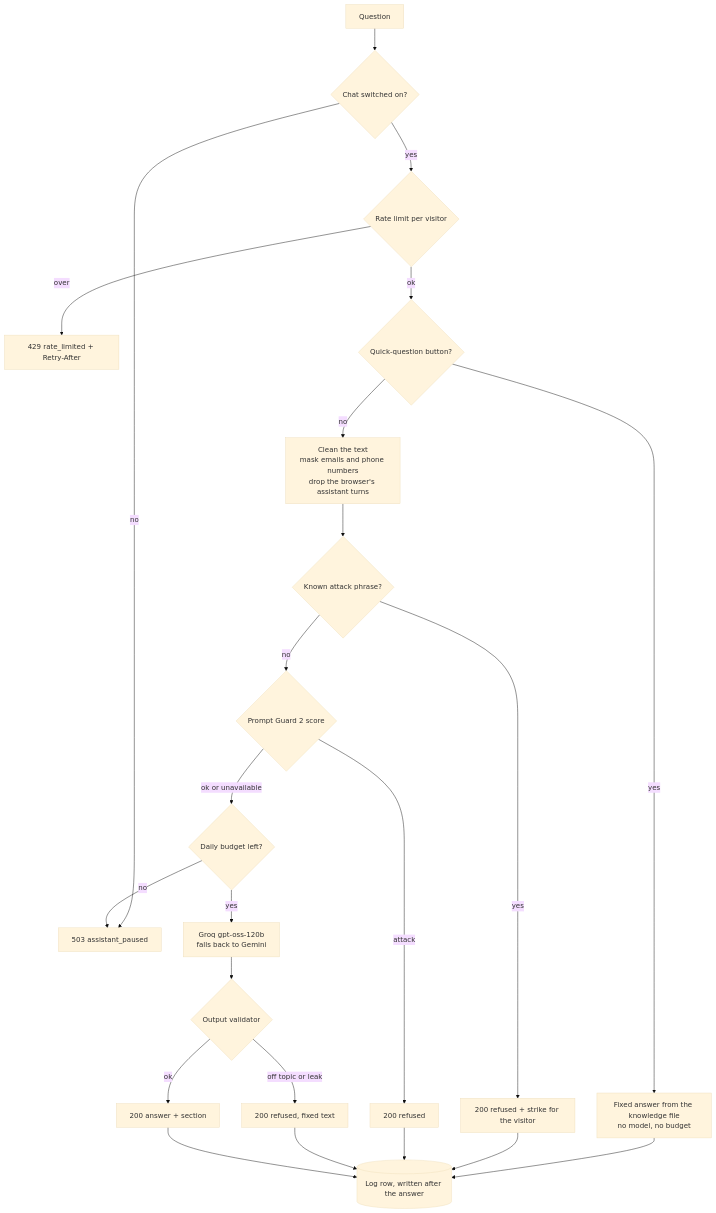
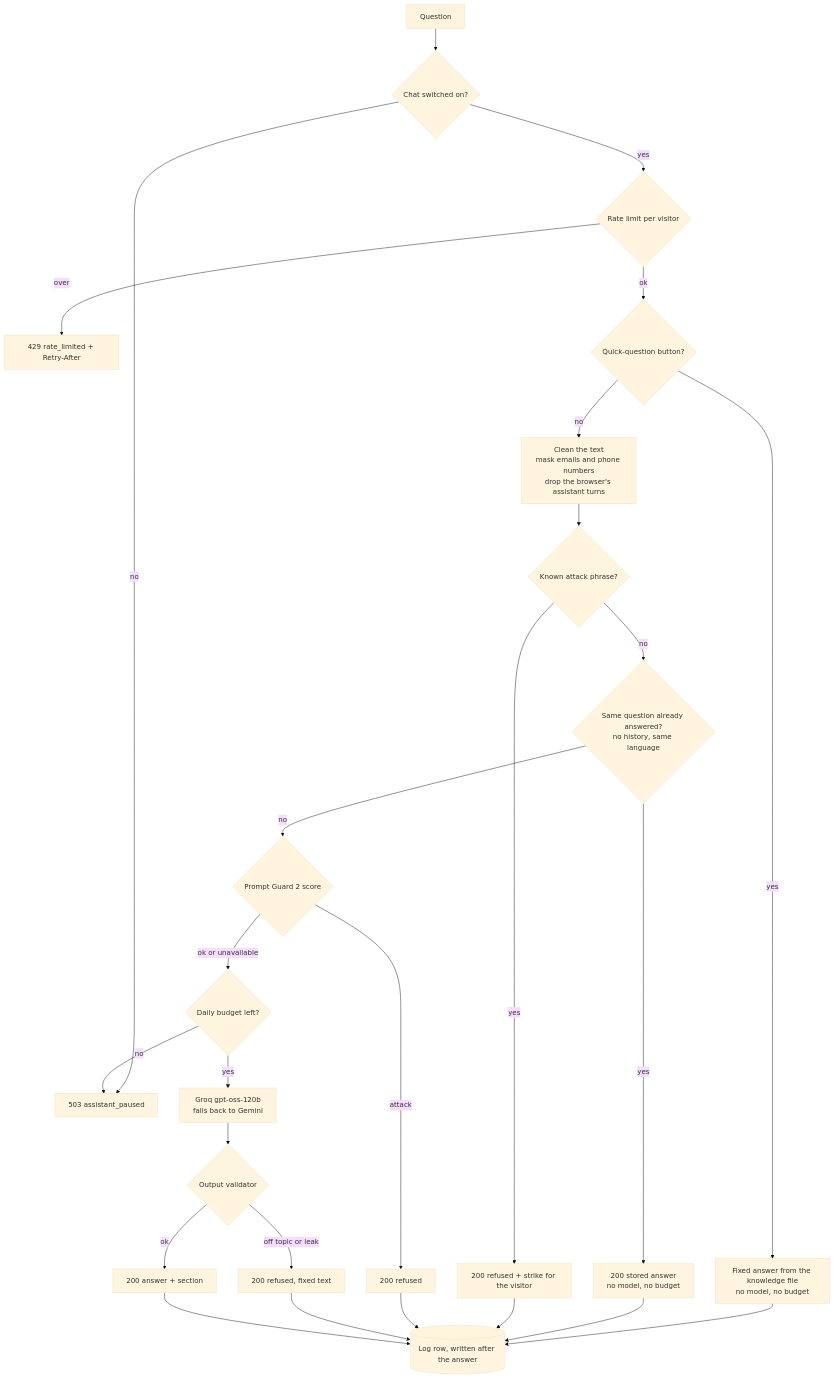
One commit to Joalregra/developer-portfolio changed the diagram in docs/chat-flow.md. Above: the diagram before and after it, drawn with Mermaid (base theme). The commit also changed other lines of this file and 2 other files, not shown here.

Commit message:
docs: document the answer cache, the measured Groq cache and the daily quota

````diff
--- a/docs/chat-flow.md
+++ b/docs/chat-flow.md
@@ -7,25 +7,28 @@
 ```mermaid
 flowchart TD
   Q[Question] --> S{Chat switched on?}
   S -- no --> P[503 assistant_paused]
   S -- yes --> R{Rate limit per visitor}
   R -- over --> L[429 rate_limited + Retry-After]
   R -- ok --> K{Quick-question button?}
   K -- yes --> QA[Fixed answer from the knowledge file<br/>no model, no budget]
   K -- no --> C[Clean the text<br/>mask emails and phone numbers<br/>drop the browser's assistant turns]
   C --> H{Known attack phrase?}
   H -- yes --> X[200 refused + strike for the visitor]
-  H -- no --> G{Prompt Guard 2 score}
+  H -- no --> AC{Same question already answered?<br/>no history, same language}
+  AC -- yes --> CA[200 stored answer<br/>no model, no budget]
+  AC -- no --> G{Prompt Guard 2 score}
   G -- attack --> X2[200 refused]
   G -- ok or unavailable --> B{Daily budget left?}
   B -- no --> P
   B -- yes --> M[Groq gpt-oss-120b<br/>falls back to Gemini]
   M --> V{Output validator}
   V -- off topic or leak --> X3[200 refused, fixed text]
   V -- ok --> A[200 answer + section]
   QA --> LOG[(Log row, written after the answer)]
+  CA --> LOG
   X --> LOG
   X2 --> LOG
   X3 --> LOG
   A --> LOG
 ```
````
